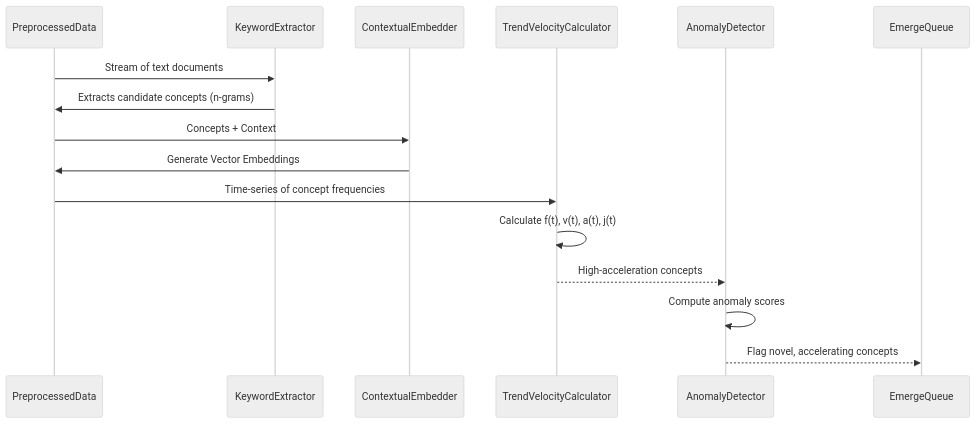
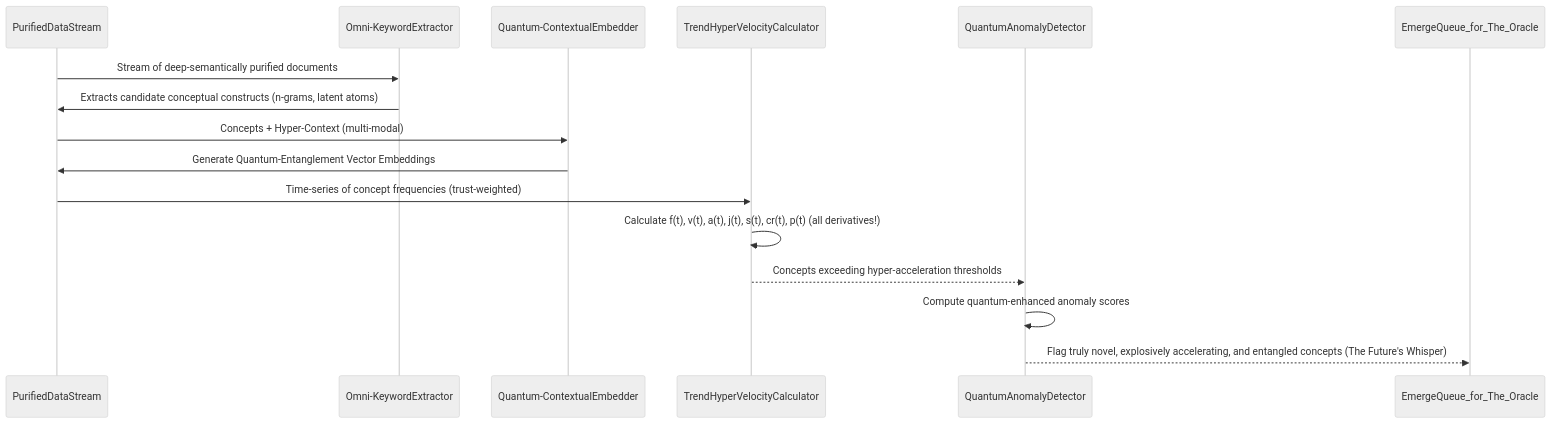
The second of 10 diagrams in inventions/105_predictive_social_trend_analysis.md (diplomat-bit/Citibank_Demo_Business_Inc_Demonstration-), drawn with Mermaid (neutral theme) before and after one commit. The commit also changed other lines of this file, not shown here.

````diff
--- a/inventions/105_predictive_social_trend_analysis.md
+++ b/inventions/105_predictive_social_trend_analysis.md
@@ -84,19 +95,19 @@
 ```mermaid
 sequenceDiagram
-    participant P as PreprocessedData
-    participant KE as KeywordExtractor
-    participant CE as ContextualEmbedder
-    participant TVC as TrendVelocityCalculator
-    participant AD as AnomalyDetector
-    participant E as EmergeQueue
+    participant P as PurifiedDataStream
+    participant OKE as Omni-KeywordExtractor
+    participant QCE as Quantum-ContextualEmbedder
+    participant THVC as TrendHyperVelocityCalculator
+    participant QAD as QuantumAnomalyDetector
+    participant E as EmergeQueue_for_The_Oracle
 
-    P->>KE: Stream of text documents
-    KE->>P: Extracts candidate concepts (n-grams)
-    P->>CE: Concepts + Context
-    CE->>P: Generate Vector Embeddings
-    P->>TVC: Time-series of concept frequencies
-    TVC->>TVC: Calculate f(t), v(t), a(t), j(t)
-    TVC-->>AD: High-acceleration concepts
-    AD->>AD: Compute anomaly scores
-    AD-->>E: Flag novel, accelerating concepts
+    P->>OKE: Stream of deep-semantically purified documents
+    OKE->>P: Extracts candidate conceptual constructs (n-grams, latent atoms)
+    P->>QCE: Concepts + Hyper-Context (multi-modal)
+    QCE->>P: Generate Quantum-Entanglement Vector Embeddings
+    P->>THVC: Time-series of concept frequencies (trust-weighted)
+    THVC->>THVC: Calculate f(t), v(t), a(t), j(t), s(t), cr(t), p(t) (all derivatives!)
+    THVC-->>QAD: Concepts exceeding hyper-acceleration thresholds
+    QAD->>QAD: Compute quantum-enhanced anomaly scores
+    QAD-->>E: Flag truly novel, explosively accelerating, and entangled concepts (The Future's Whisper)
 ```
````
